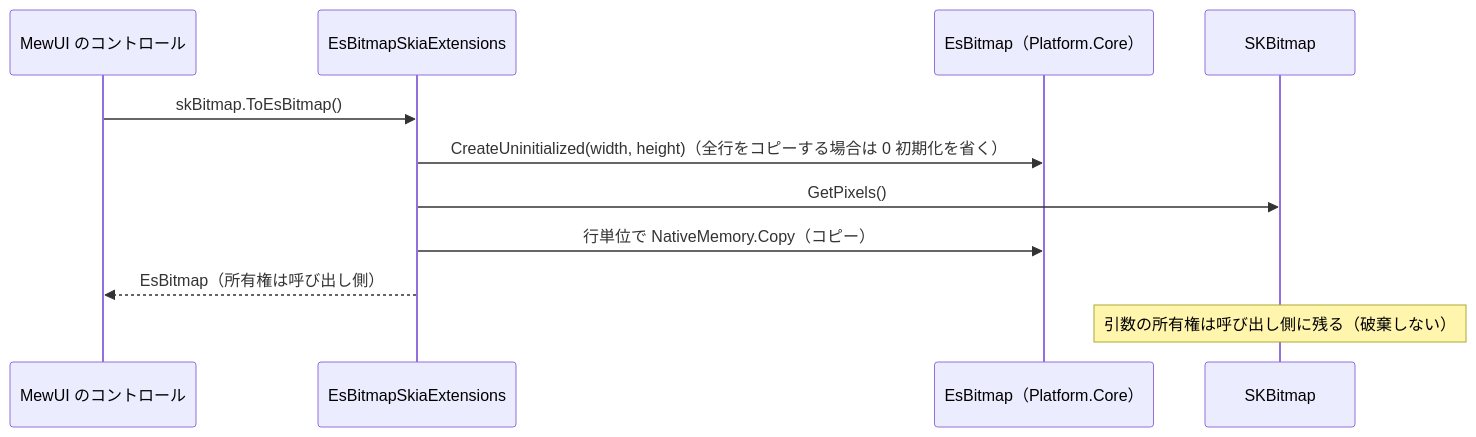
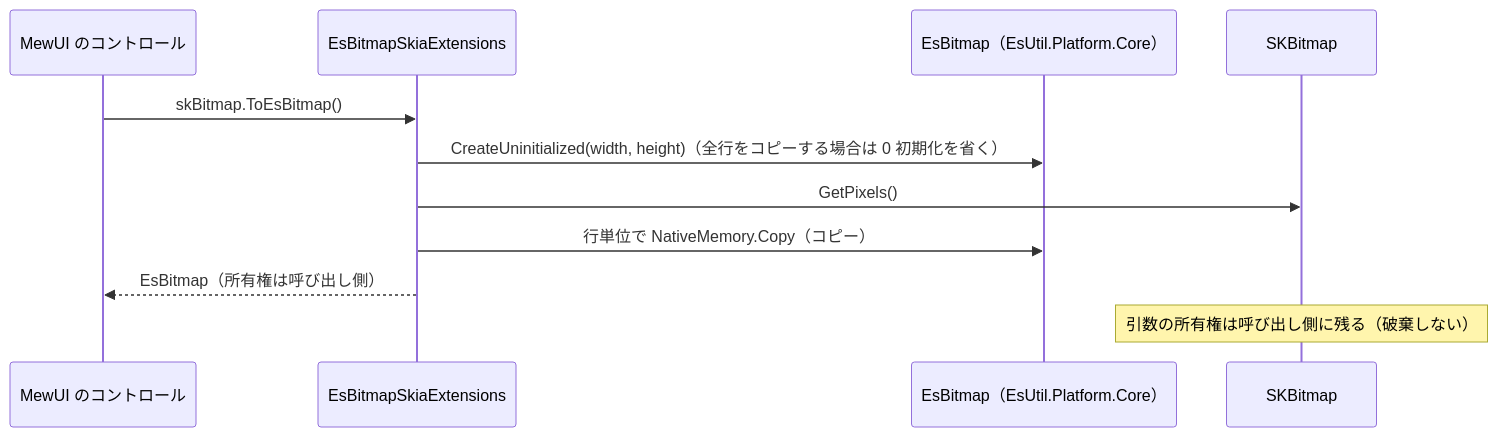
One commit to tomokuni/SaveEvidence changed the fourth of 4 diagrams in src/App.Platform.Skia/SPEC_System.md. Above: the diagram before and after it, drawn with Mermaid. The commit also changed other lines of this file and 417 other files, not shown here.

First line of the commit message:
Feature と Platform のフォルダを名前空間と同じ EsUtil. 付きへ改名し、ログ接頭辞を EsUtil を除いた語にする

````diff
--- a/src/App.Platform.Skia/SPEC_System.md
+++ b/src/App.Platform.Skia/SPEC_System.md
@@ -117,14 +117,14 @@
 ```mermaid
 sequenceDiagram
   participant UI as MewUI のコントロール
   participant E as EsBitmapSkiaExtensions
-  participant Core as EsBitmap（Platform.Core）
+  participant Core as EsBitmap（EsUtil.Platform.Core）
   participant SK as SKBitmap
 
   UI->>E: skBitmap.ToEsBitmap()
   E->>Core: CreateUninitialized(width, height)（全行をコピーする場合は 0 初期化を省く）
   E->>SK: GetPixels()
   E->>Core: 行単位で NativeMemory.Copy（コピー）
   E-->>UI: EsBitmap（所有権は呼び出し側）
   Note over SK: 引数の所有権は呼び出し側に残る（破棄しない）
 ```
````
